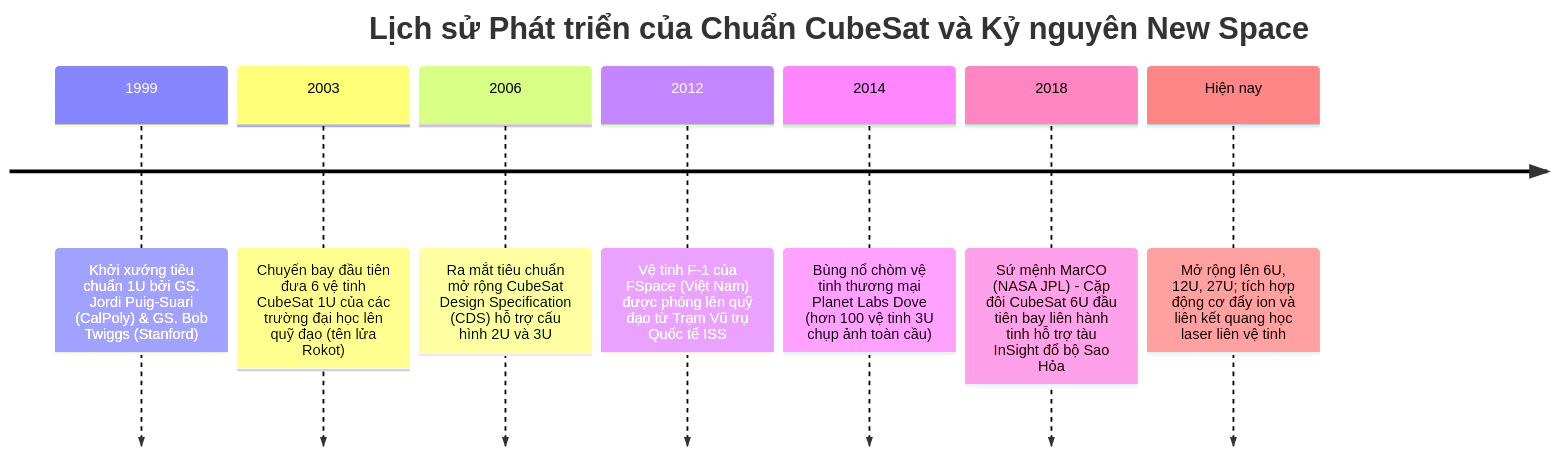
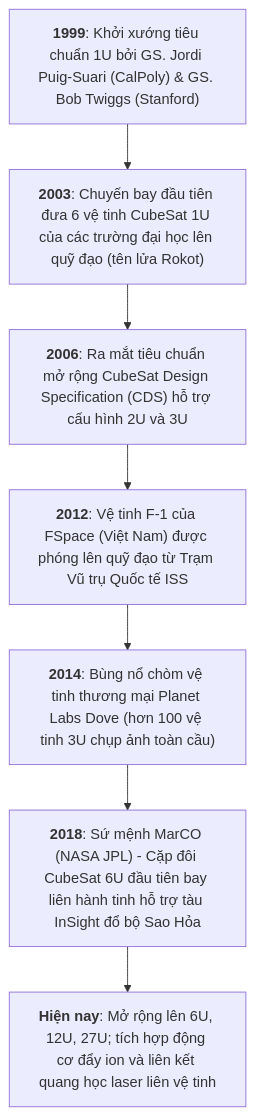
The first of 7 diagrams in client/src/data/docs/lab0-intro.md (Brauuwu/PTIT-CubeSat_LMS), drawn with Mermaid before and after one commit. The commit also changed 1 other file, not shown here.

Commit message:
docs(lab0): convert timeline diagram to flowchart TD for universal rendering

````diff
--- a/client/src/data/docs/lab0-intro.md
+++ b/client/src/data/docs/lab0-intro.md
@@ -17,11 +17,12 @@
 ```mermaid
-timeline
-    title Lịch sử Phát triển của Chuẩn CubeSat và Kỷ nguyên New Space
-    1999 : Khởi xướng tiêu chuẩn 1U bởi GS. Jordi Puig-Suari (CalPoly) & GS. Bob Twiggs (Stanford)
-    2003 : Chuyến bay đầu tiên đưa 6 vệ tinh CubeSat 1U của các trường đại học lên quỹ đạo (tên lửa Rokot)
-    2006 : Ra mắt tiêu chuẩn mở rộng CubeSat Design Specification (CDS) hỗ trợ cấu hình 2U và 3U
-    2012 : Vệ tinh F-1 của FSpace (Việt Nam) được phóng lên quỹ đạo từ Trạm Vũ trụ Quốc tế ISS
-    2014 : Bùng nổ chòm vệ tinh thương mại Planet Labs Dove (hơn 100 vệ tinh 3U chụp ảnh toàn cầu)
-    2018 : Sứ mệnh MarCO (NASA JPL) - Cặp đôi CubeSat 6U đầu tiên bay liên hành tinh hỗ trợ tàu InSight đổ bộ Sao Hỏa
-    Hiện nay : Mở rộng lên 6U, 12U, 27U; tích hợp động cơ đẩy ion và liên kết quang học laser liên vệ tinh
+flowchart TD
+    T1["<b>1999</b>: Khởi xướng tiêu chuẩn 1U bởi GS. Jordi Puig-Suari (CalPoly) & GS. Bob Twiggs (Stanford)"]
+    T2["<b>2003</b>: Chuyến bay đầu tiên đưa 6 vệ tinh CubeSat 1U của các trường đại học lên quỹ đạo (tên lửa Rokot)"]
+    T3["<b>2006</b>: Ra mắt tiêu chuẩn mở rộng CubeSat Design Specification (CDS) hỗ trợ cấu hình 2U và 3U"]
+    T4["<b>2012</b>: Vệ tinh F-1 của FSpace (Việt Nam) được phóng lên quỹ đạo từ Trạm Vũ trụ Quốc tế ISS"]
+    T5["<b>2014</b>: Bùng nổ chòm vệ tinh thương mại Planet Labs Dove (hơn 100 vệ tinh 3U chụp ảnh toàn cầu)"]
+    T6["<b>2018</b>: Sứ mệnh MarCO (NASA JPL) - Cặp đôi CubeSat 6U đầu tiên bay liên hành tinh hỗ trợ tàu InSight đổ bộ Sao Hỏa"]
+    T7["<b>Hiện nay</b>: Mở rộng lên 6U, 12U, 27U; tích hợp động cơ đẩy ion và liên kết quang học laser liên vệ tinh"]
+
+    T1 --> T2 --> T3 --> T4 --> T5 --> T6 --> T7
 ```
````
